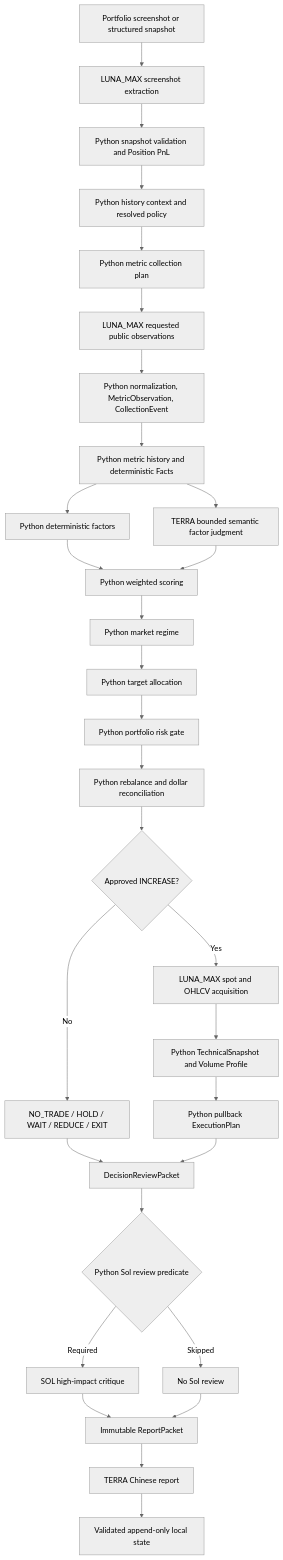
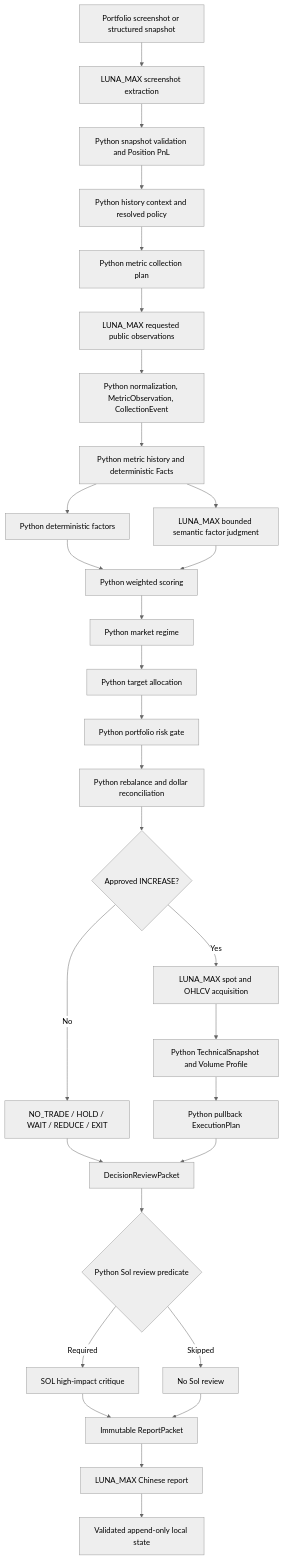
One commit to iavl/crypto-portfolio-manager changed the diagram in HOW_IT_WORKS.md. Above: the diagram before and after it, drawn with Mermaid (neutral theme). The commit also changed other lines of this file and 47 other files, not shown here.

````diff
--- a/HOW_IT_WORKS.md
+++ b/HOW_IT_WORKS.md
@@ -27,32 +27,32 @@
 ```mermaid
 flowchart TD
     A[Portfolio screenshot or structured snapshot] --> B[LUNA_MAX screenshot extraction]
     B --> C[Python snapshot validation and Position PnL]
     C --> D[Python history context and resolved policy]
     D --> E[Python metric collection plan]
     E --> F[LUNA_MAX requested public observations]
     F --> G[Python normalization, MetricObservation, CollectionEvent]
     G --> H[Python metric history and deterministic Facts]
     H --> I[Python deterministic factors]
-    H --> J[TERRA bounded semantic factor judgment]
+    H --> J[LUNA_MAX bounded semantic factor judgment]
     I --> K[Python weighted scoring]
     J --> K
     K --> L[Python market regime]
     L --> M[Python target allocation]
     M --> N[Python portfolio risk gate]
     N --> O[Python rebalance and dollar reconciliation]
     O --> P{Approved INCREASE?}
     P -- No --> Q[NO_TRADE / HOLD / WAIT / REDUCE / EXIT]
     P -- Yes --> R[LUNA_MAX spot and OHLCV acquisition]
     R --> S[Python TechnicalSnapshot and Volume Profile]
     S --> T[Python pullback ExecutionPlan]
     Q --> U[DecisionReviewPacket]
     T --> U
     U --> V{Python Sol review predicate}
     V -- Required --> W[SOL high-impact critique]
     V -- Skipped --> X[No Sol review]
     W --> Y[Immutable ReportPacket]
     X --> Y
-    Y --> Z[TERRA Chinese report]
+    Y --> Z[LUNA_MAX Chinese report]
     Z --> AA[Validated append-only local state]
 ```
````
